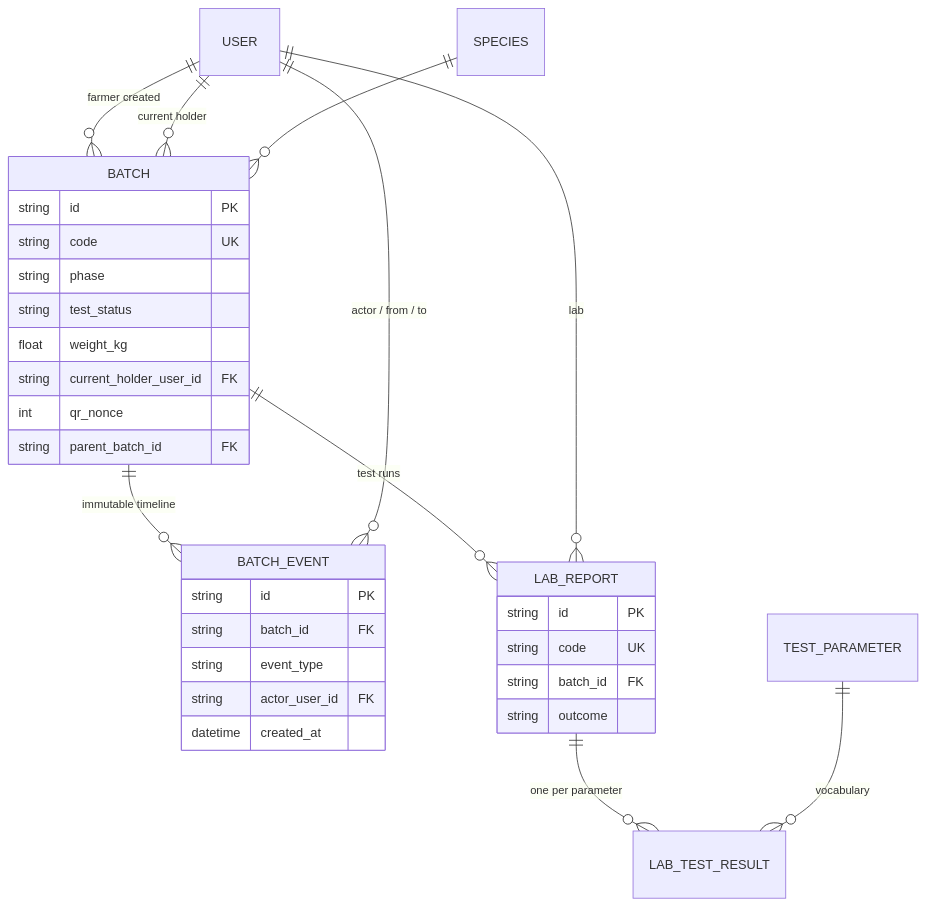
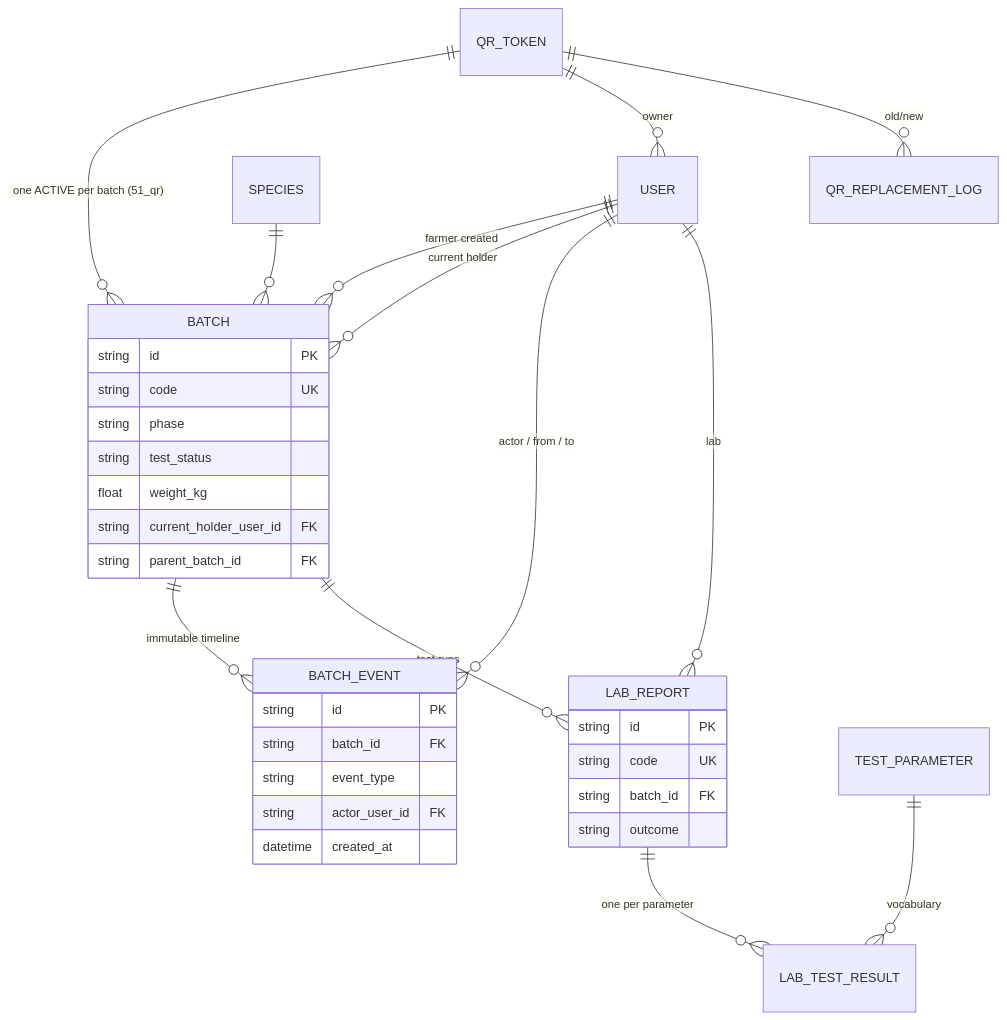
Before and after one commit to bhuwanb23/HerbChain: the fourth of 6 diagrams in second_backend/docs/database/er-diagram.md, drawn with Mermaid. The commit also changed 3 other files, not shown here.

First line of the commit message:
Docs: add Phase 5 QR engine architecture + record the stateless-nonce reversal

````diff
--- a/second_backend/docs/database/er-diagram.md
+++ b/second_backend/docs/database/er-diagram.md
@@ -123,37 +123,39 @@
 ```mermaid
 erDiagram
     USER ||--o{ BATCH : "farmer created"
     USER ||--o{ BATCH : "current holder"
     SPECIES ||--o{ BATCH : ""
     BATCH ||--o{ BATCH_EVENT : "immutable timeline"
     USER ||--o{ BATCH_EVENT : "actor / from / to"
 
     BATCH ||--o{ LAB_REPORT : "test runs"
     USER ||--o{ LAB_REPORT : "lab"
     LAB_REPORT ||--o{ LAB_TEST_RESULT : "one per parameter"
     TEST_PARAMETER ||--o{ LAB_TEST_RESULT : "vocabulary"
 
     BATCH {
         string id PK
         string code UK
         string phase
         string test_status
         float weight_kg
         string current_holder_user_id FK
-        int qr_nonce
         string parent_batch_id FK
     }
+    QR_TOKEN ||--o{ BATCH : "one ACTIVE per batch (51_qr)"
+    QR_TOKEN ||--o{ USER : "owner"
+    QR_TOKEN ||--o{ QR_REPLACEMENT_LOG : "old/new"
     BATCH_EVENT {
         string id PK
         string batch_id FK
         string event_type
         string actor_user_id FK
         datetime created_at
     }
     LAB_REPORT {
         string id PK
         string code UK
         string batch_id FK
         string outcome
     }
 ```
````
